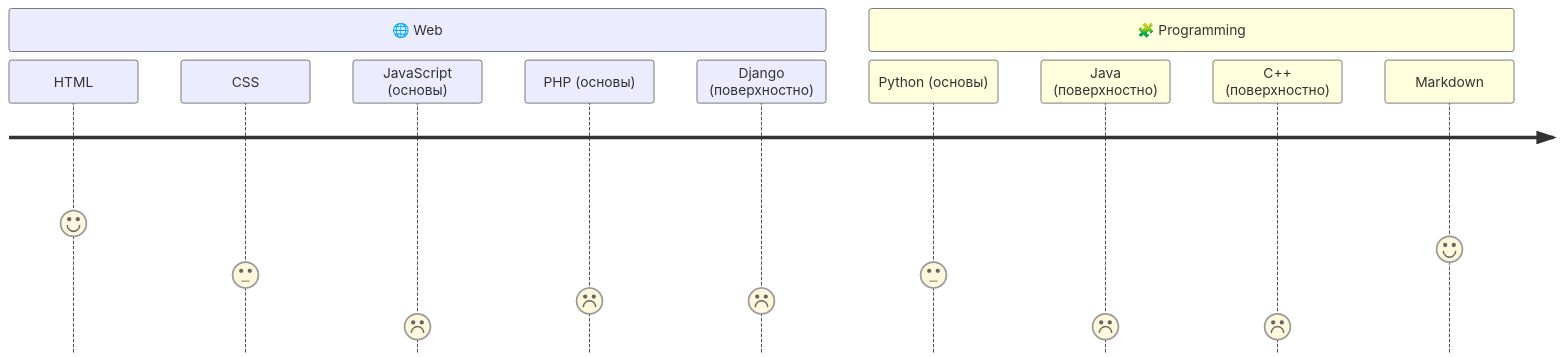
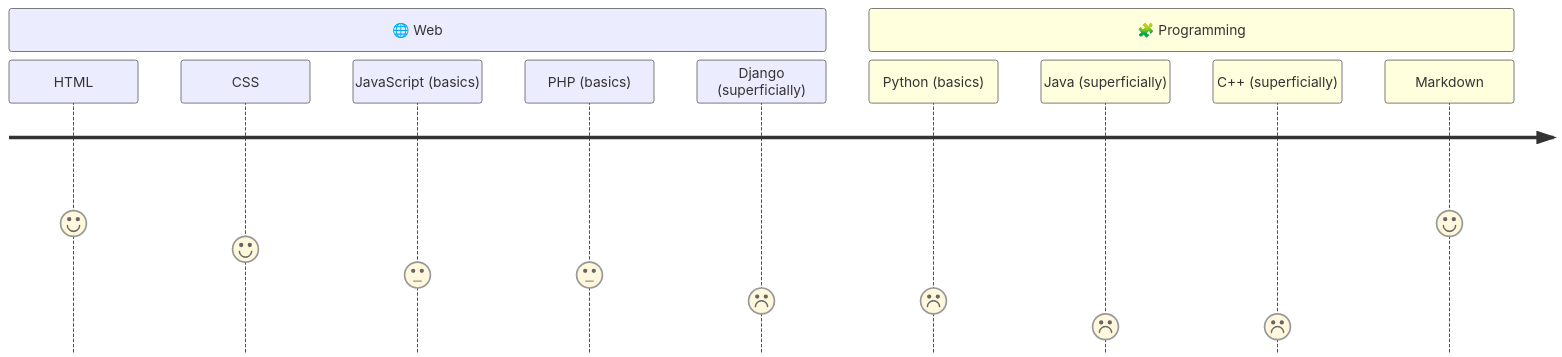
Before and after one commit to sttape/sttape: the first of 2 diagrams in README.md, drawn with Mermaid. The commit also changed other lines of this file, not shown here.

Commit message:
Update skill levels and language translations in README

````diff
--- a/README.md
+++ b/README.md
@@ -9,14 +9,14 @@
 ```mermaid
 journey
     section 🌐 Web
       HTML: 5
-      CSS: 3
-      JavaScript (основы): 1
-      PHP (основы): 2
-      Django (поверхностно): 2
+      CSS: 4
+      JavaScript (basics): 3
+      PHP (basics): 3
+      Django (superficially): 2
     section 🧩 Programming
-      Python (основы): 3
-      Java (поверхностно): 1
-      C++ (поверхностно): 1
-      Markdown: 4
+      Python (basics): 2
+      Java (superficially): 1
+      C++ (superficially): 1
+      Markdown: 5
 ```
````
